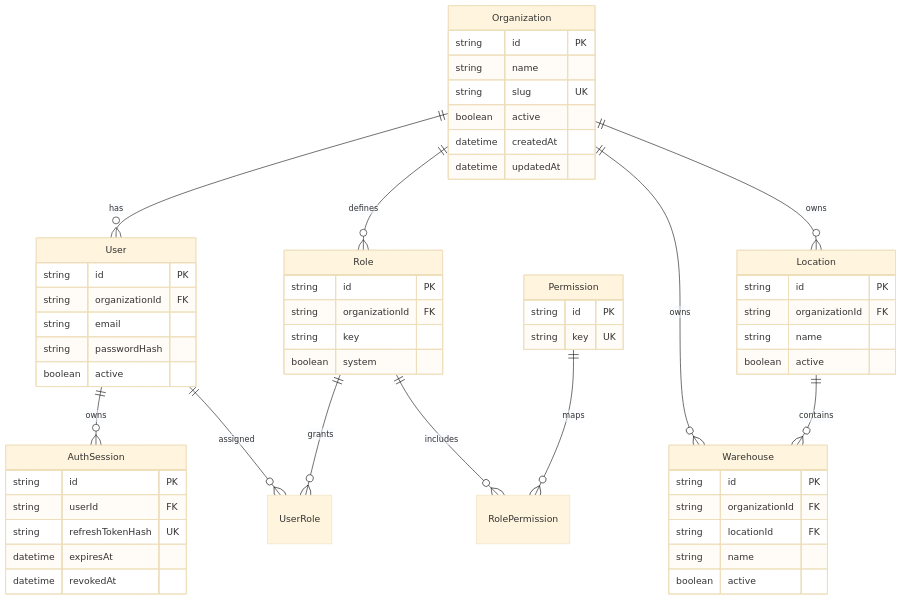
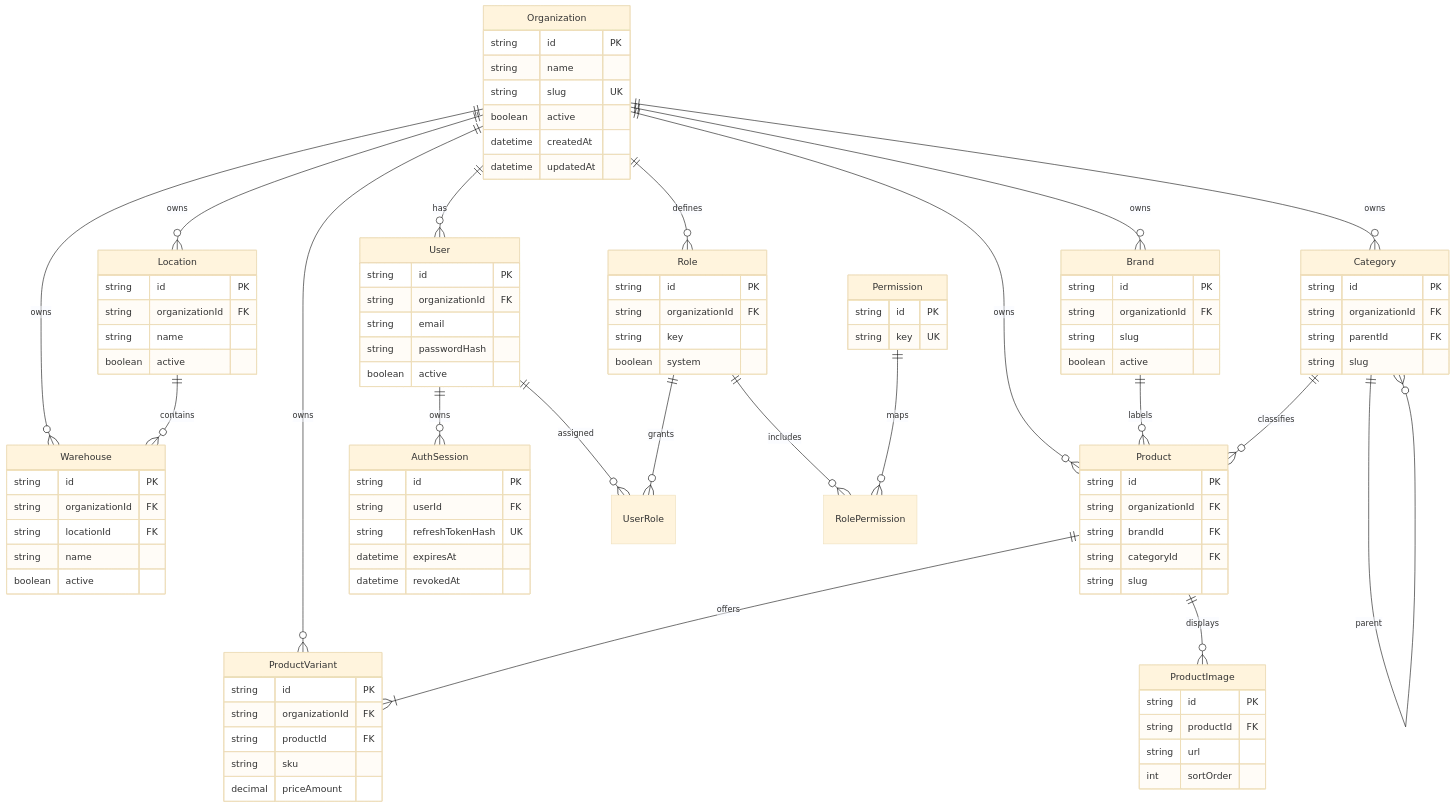
Before and after one commit to HighBenditas/DtodoPets-Core: the diagram in docs/DATABASE.md, drawn with Mermaid (base theme). The commit also changed other lines of this file and 35 other files, not shown here.

````diff
--- a/docs/DATABASE.md
+++ b/docs/DATABASE.md
@@ -11,7 +11,16 @@
   Organization ||--o{ Role : defines
   Organization ||--o{ Location : owns
   Organization ||--o{ Warehouse : owns
+  Organization ||--o{ Brand : owns
+  Organization ||--o{ Category : owns
+  Organization ||--o{ Product : owns
+  Organization ||--o{ ProductVariant : owns
   Location ||--o{ Warehouse : contains
+  Brand ||--o{ Product : labels
+  Category ||--o{ Category : parent
+  Category ||--o{ Product : classifies
+  Product ||--|{ ProductVariant : offers
+  Product ||--o{ ProductImage : displays
   User ||--o{ AuthSession : owns
   User ||--o{ UserRole : assigned
   Role ||--o{ UserRole : grants
@@ -62,4 +71,36 @@
     string name
     boolean active
   }
+  Brand {
+    string id PK
+    string organizationId FK
+    string slug
+    boolean active
+  }
+  Category {
+    string id PK
+    string organizationId FK
+    string parentId FK
+    string slug
+  }
+  Product {
+    string id PK
+    string organizationId FK
+    string brandId FK
+    string categoryId FK
+    string slug
+  }
+  ProductVariant {
+    string id PK
+    string organizationId FK
+    string productId FK
+    string sku
+    decimal priceAmount
+  }
+  ProductImage {
+    string id PK
+    string productId FK
+    string url
+    int sortOrder
+  }
 ```
````
